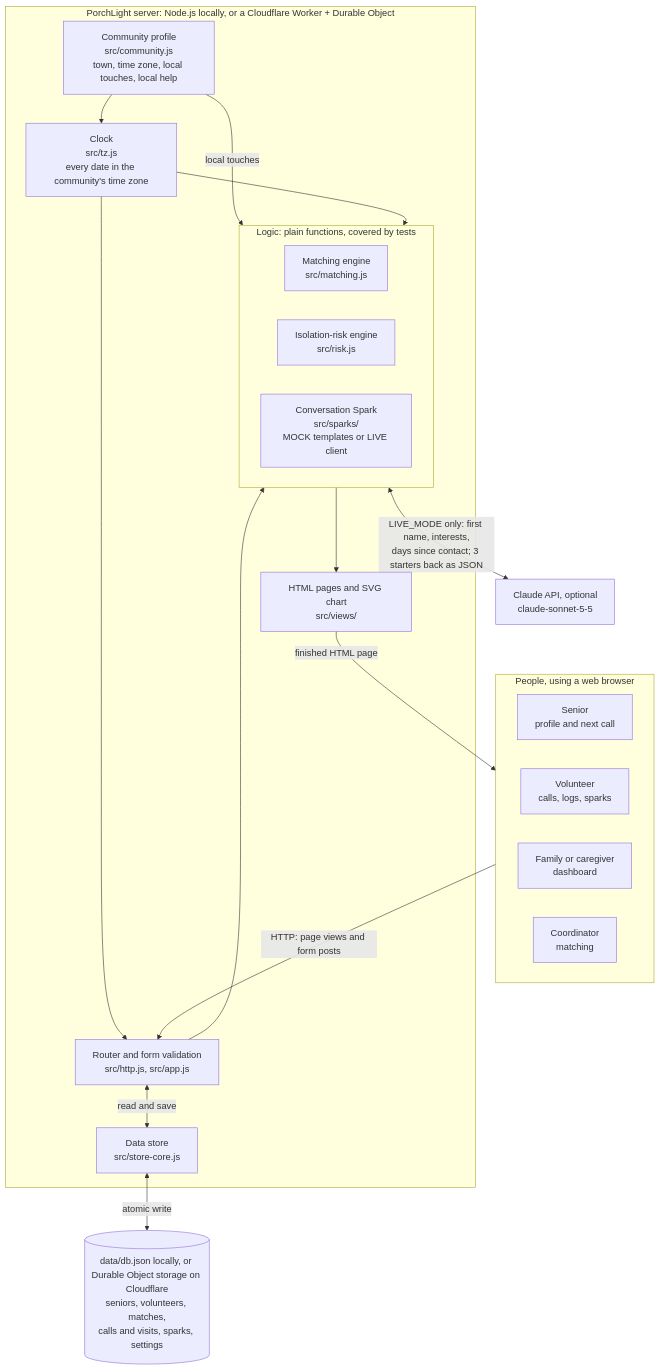
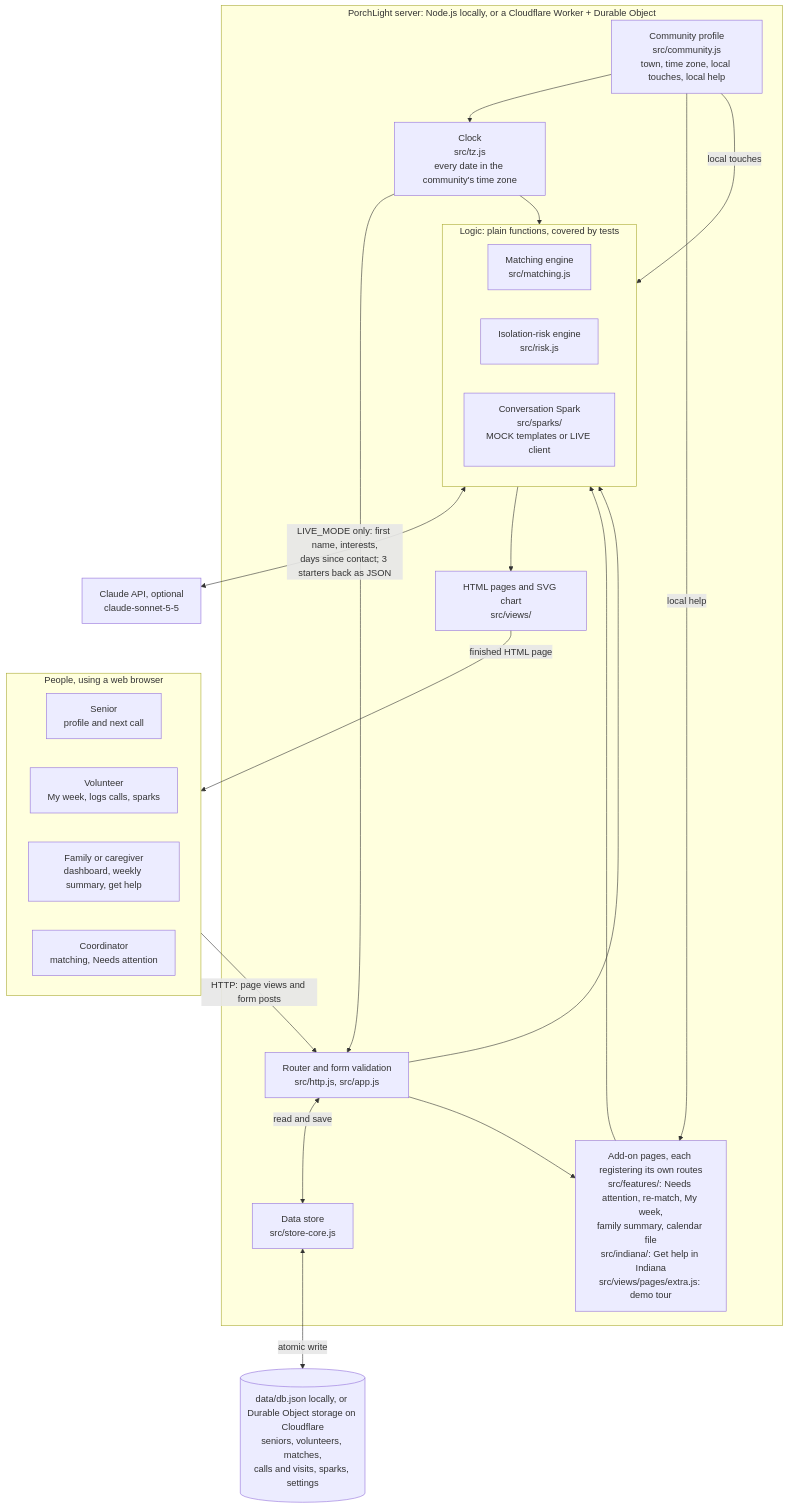
The first of 5 diagrams in docs/architecture-diagram.md (CyberCoder-bit/PorchLight), drawn with Mermaid before and after one commit. The commit also changed other lines of this file and 12 other files, not shown here.

````diff
--- a/docs/architecture-diagram.md
+++ b/docs/architecture-diagram.md
@@ -7,40 +7,43 @@
 ```mermaid
 flowchart TB
   subgraph People["People, using a web browser"]
     direction LR
     SEN["Senior<br/>profile and next call"]
-    VOL["Volunteer<br/>calls, logs, sparks"]
-    FAM["Family or caregiver<br/>dashboard"]
-    COO["Coordinator<br/>matching"]
+    VOL["Volunteer<br/>My week, logs calls, sparks"]
+    FAM["Family or caregiver<br/>dashboard, weekly summary, get help"]
+    COO["Coordinator<br/>matching, Needs attention"]
   end
 
   subgraph Server["PorchLight server: Node.js locally, or a Cloudflare Worker + Durable Object"]
     ROUTER["Router and form validation<br/>src/http.js, src/app.js"]
     subgraph Engines["Logic: plain functions, covered by tests"]
       direction LR
       MATCH["Matching engine<br/>src/matching.js"]
       RISK["Isolation-risk engine<br/>src/risk.js"]
       SPARK["Conversation Spark<br/>src/sparks/<br/>MOCK templates or LIVE client"]
     end
     VIEWS["HTML pages and SVG chart<br/>src/views/"]
     STORE["Data store<br/>src/store-core.js"]
     COMM["Community profile<br/>src/community.js<br/>town, time zone, local touches, local help"]
     TZ["Clock<br/>src/tz.js<br/>every date in the community's time zone"]
+    ADDON["Add-on pages, each registering its own routes<br/>src/features/: Needs attention, re-match, My week,<br/>family summary, calendar file<br/>src/indiana/: Get help in Indiana<br/>src/views/pages/extra.js: demo tour"]
   end
 
   DB[("data/db.json locally, or Durable Object storage on Cloudflare<br/>seniors, volunteers, matches,<br/>calls and visits, sparks, settings")]
   CLAUDE["Claude API, optional<br/>claude-sonnet-5-5"]
 
   People -->|"HTTP: page views and form posts"| ROUTER
   ROUTER --> Engines
   Engines --> VIEWS
   VIEWS -->|"finished HTML page"| People
   ROUTER <-->|"read and save"| STORE
   STORE <-->|"atomic write"| DB
   SPARK <-->|"LIVE_MODE only: first name, interests,<br/>days since contact; 3 starters back as JSON"| CLAUDE
   COMM --> TZ
   TZ --> ROUTER
   TZ --> Engines
-  %% VERIFY AFTER MERGE: sparks read local touches from the community profile
   COMM -->|"local touches"| SPARK
+  ROUTER --> ADDON
+  ADDON --> Engines
+  COMM -->|"local help"| ADDON
 ```
````
